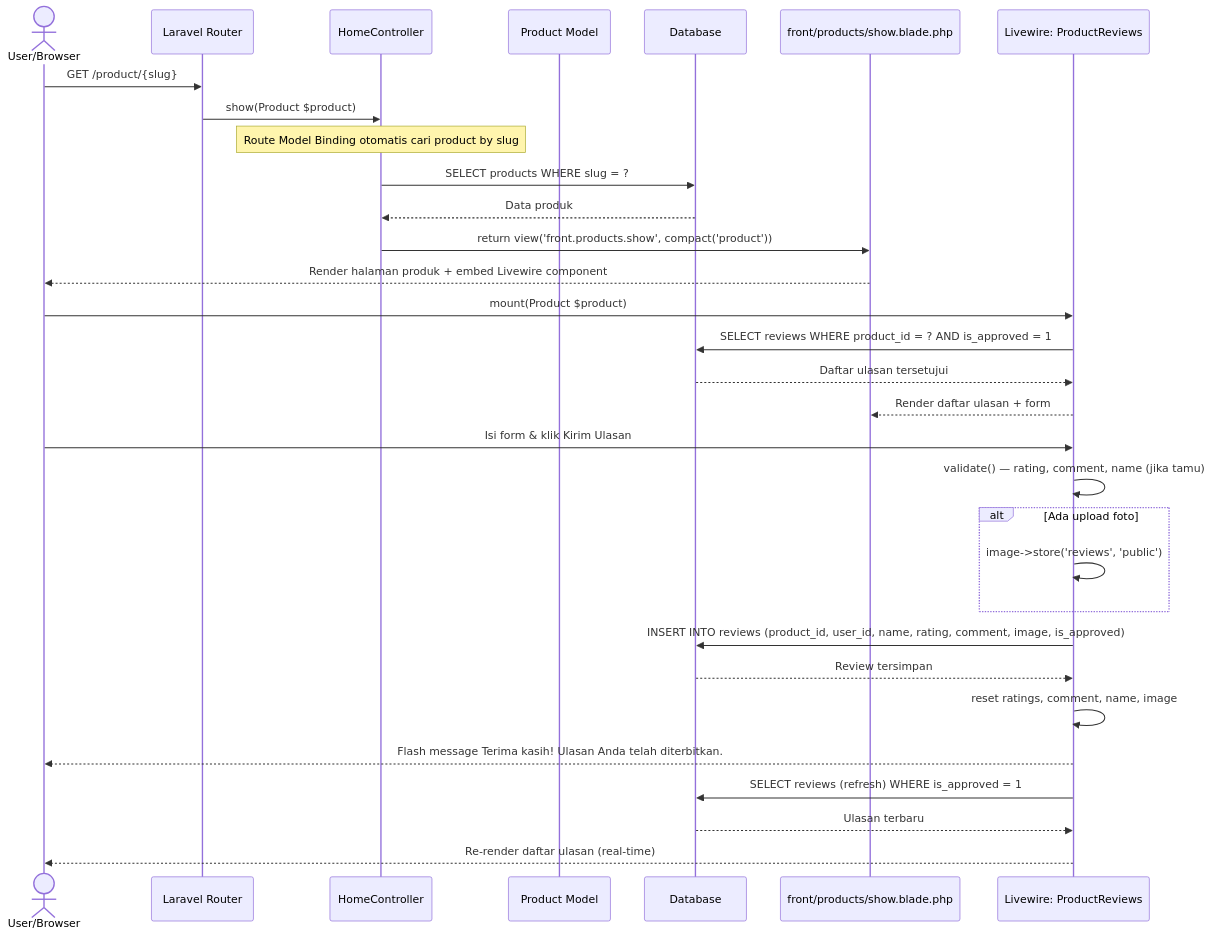
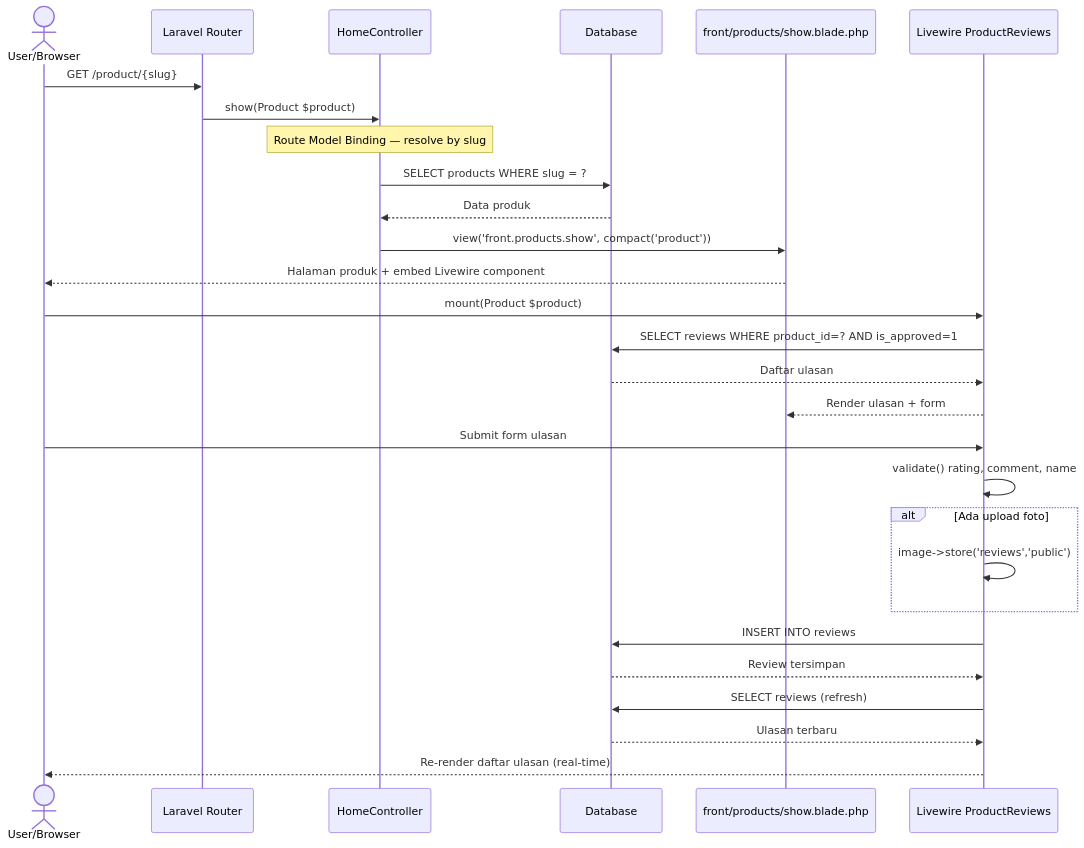
One commit to mustarisyahding07-spec/WEBSITE_SKRIPSI_MUSTARI changed the third of 17 diagrams in docs/SEQUENCE_DIAGRAM_DOKUMENTASI.md. Above: the diagram before and after it, drawn with Mermaid. The commit also changed other lines of this file, not shown here.

Commit message:
docs: perbarui penjelasan sequence diagram ke format paragraf akademik

````diff
--- a/docs/SEQUENCE_DIAGRAM_DOKUMENTASI.md
+++ b/docs/SEQUENCE_DIAGRAM_DOKUMENTASI.md
@@ -141,36 +121,33 @@
 ```mermaid
 sequenceDiagram
     actor User as User/Browser
     participant Router as Laravel Router
     participant HC as HomeController
-    participant ProductM as Product Model
     participant DB as Database
     participant View as front/products/show.blade.php
-    participant LW as Livewire: ProductReviews
+    participant LW as Livewire ProductReviews
 
     User->>Router: GET /product/{slug}
     Router->>HC: show(Product $product)
-    Note over HC: Route Model Binding otomatis cari product by slug
+    Note over HC: Route Model Binding — resolve by slug
     HC->>DB: SELECT products WHERE slug = ?
     DB-->>HC: Data produk
-    HC->>View: return view('front.products.show', compact('product'))
-    View-->>User: Render halaman produk + embed Livewire component
+    HC->>View: view('front.products.show', compact('product'))
+    View-->>User: Halaman produk + embed Livewire component
 
     User->>LW: mount(Product $product)
-    LW->>DB: SELECT reviews WHERE product_id = ? AND is_approved = 1
-    DB-->>LW: Daftar ulasan tersetujui
-    LW-->>View: Render daftar ulasan + form
+    LW->>DB: SELECT reviews WHERE product_id=? AND is_approved=1
+    DB-->>LW: Daftar ulasan
+    LW-->>View: Render ulasan + form
 
-    User->>LW: Isi form & klik Kirim Ulasan
-    LW->>LW: validate() — rating, comment, name (jika tamu)
+    User->>LW: Submit form ulasan
+    LW->>LW: validate() rating, comment, name
     alt Ada upload foto
-        LW->>LW: image->store('reviews', 'public')
+        LW->>LW: image->store('reviews','public')
     end
-    LW->>DB: INSERT INTO reviews (product_id, user_id, name, rating, comment, image, is_approved)
+    LW->>DB: INSERT INTO reviews
     DB-->>LW: Review tersimpan
-    LW->>LW: reset ratings, comment, name, image
-    LW-->>User: Flash message Terima kasih! Ulasan Anda telah diterbitkan.
-    LW->>DB: SELECT reviews (refresh) WHERE is_approved = 1
+    LW->>DB: SELECT reviews (refresh)
     DB-->>LW: Ulasan terbaru
     LW-->>User: Re-render daftar ulasan (real-time)
 ```
````
